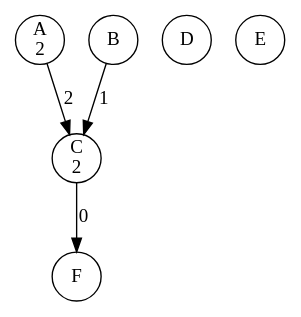
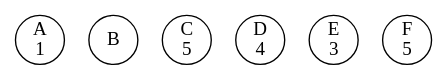
The diagram in concurrency-lab-2/bank/out/0000000004.gv (li23179/GO), drawn with Graphviz before and after one commit. The commit also changed 25 other files, not shown here.

```diff
--- a/concurrency-lab-2/bank/out/0000000004.gv
+++ b/concurrency-lab-2/bank/out/0000000004.gv
@@ -1,11 +1,8 @@
 digraph bank {
-	 0 [label= "A\n2" , pos= "1,0!" , shape=circle, fixedsize=true, width=0.5 ]
+	 0 [label= "A\n1" , pos= "1,0!" , shape=circle, fixedsize=true, width=0.5 ]
 	 1 [label= "B\n" , pos= "0,1!" , shape=circle, fixedsize=true, width=0.5 ]
-	 2 [label= "C\n2" , pos= "1,2!" , shape=circle, fixedsize=true, width=0.5 ]
-	 3 [label= "D\n" , pos= "2,2!" , shape=circle, fixedsize=true, width=0.5 ]
-	 4 [label= "E\n" , pos= "3,1!" , shape=circle, fixedsize=true, width=0.5 ]
-	 5 [label= "F\n" , pos= "2,0!" , shape=circle, fixedsize=true, width=0.5 ]
-	 "0" -> "2" [label= "2" ]
-	 "1" -> "2" [label= "1" ]
-	 "2" -> "5" [label= "0" ]
+	 2 [label= "C\n5" , pos= "1,2!" , shape=circle, fixedsize=true, width=0.5 ]
+	 3 [label= "D\n4" , pos= "2,2!" , shape=circle, fixedsize=true, width=0.5 ]
+	 4 [label= "E\n3" , pos= "3,1!" , shape=circle, fixedsize=true, width=0.5 ]
+	 5 [label= "F\n5" , pos= "2,0!" , shape=circle, fixedsize=true, width=0.5 ]
 }
```
